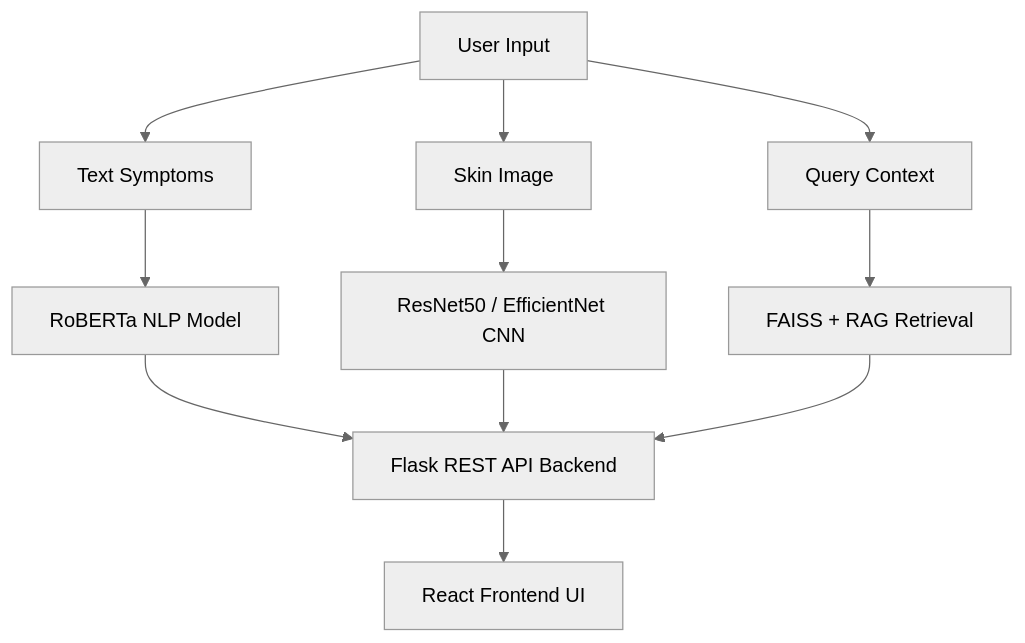
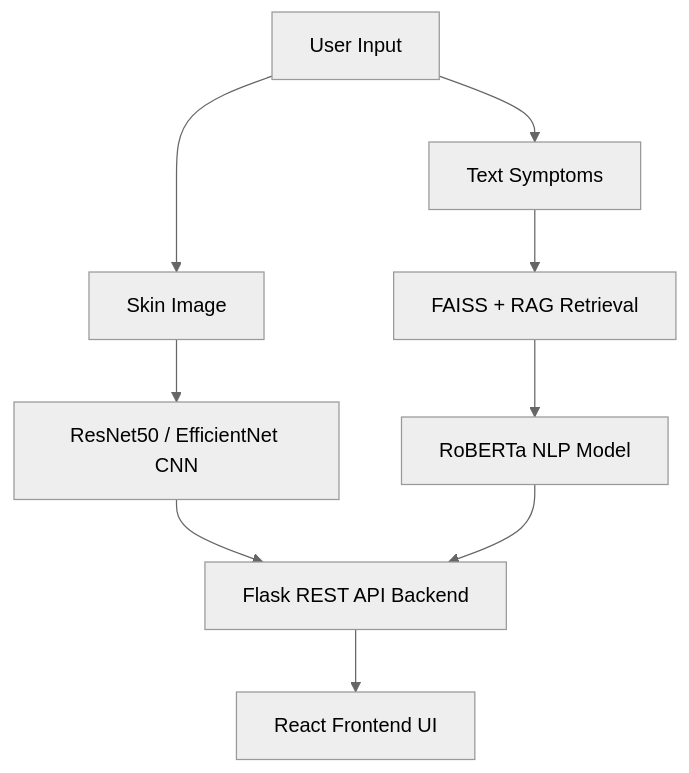
Before and after one commit to ashfiatanveer/SkinDiseaseDiagnosisChatbot: the diagram in README.md, drawn with Mermaid (neutral theme). The commit also changed other lines of this file, not shown here.

````diff
--- a/README.md
+++ b/README.md
@@ -85,16 +86,14 @@
 ```mermaid
 graph TD
-    A[User Input] --> B[Text Symptoms]
-    A --> C[Skin Image]
-    A --> D[Query Context]
+    A[User Input] --> B[Skin Image]
+    A --> C[Text Symptoms]
     
-    B --> E[RoBERTa NLP Model]
-    C --> F[ResNet50 / EfficientNet CNN]
-    D --> G[FAISS + RAG Retrieval]
+    B --> D[ResNet50 / EfficientNet CNN]
+    C --> E[FAISS + RAG Retrieval]
+    E --> F[RoBERTa NLP Model]
     
-    E --> H[Flask REST API Backend]
-    F --> H
-    G --> H
+    D --> G[Flask REST API Backend]
+    F --> G
     
-    H --> I[React Frontend UI]
+    G --> H[React Frontend UI]
 ```
````
